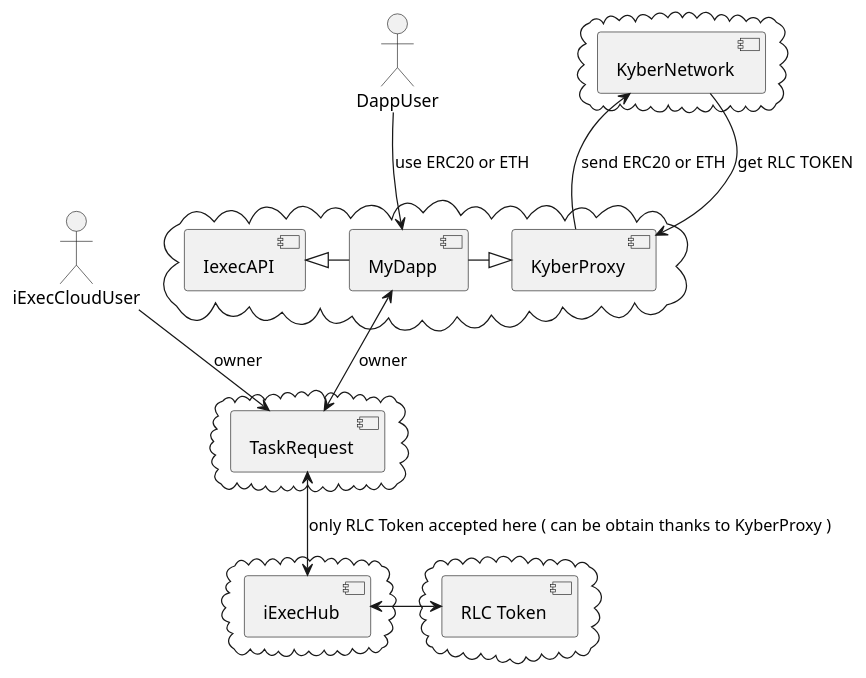
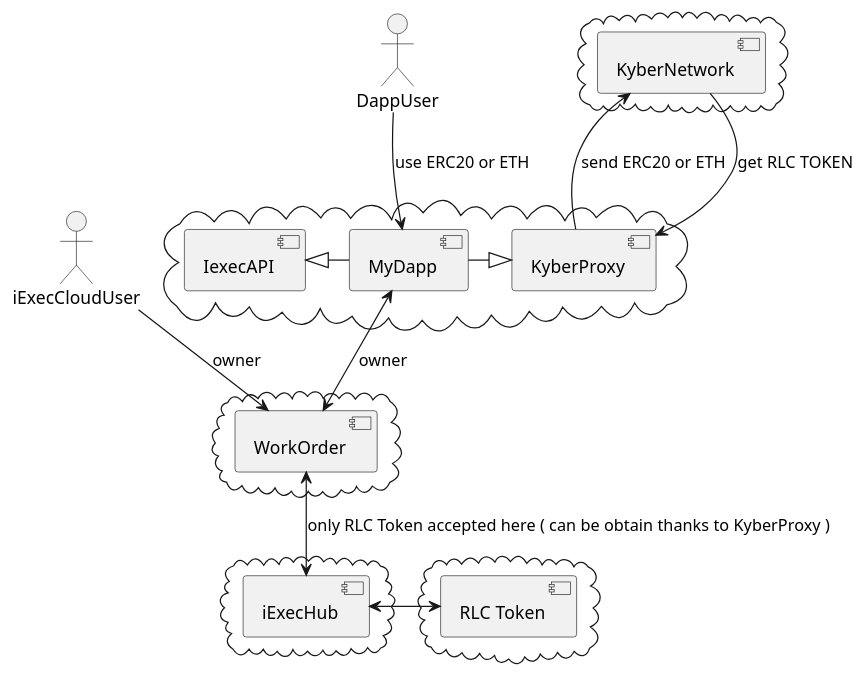
One commit to iExecBlockchainComputing/PoCo changed the diagram in uml/ArchitectureV2WithKyberIntegration.puml. Above: the diagram before and after it, drawn with PlantUML. The commit also changed 29 other files, not shown here.

Commit message:
consensus reach (and Gilles approved too ) : TaskRequest rename to WorkOrder

```diff
--- a/uml/ArchitectureV2WithKyberIntegration.puml
+++ b/uml/ArchitectureV2WithKyberIntegration.puml
@@ -1,60 +1,60 @@
 @startuml
 
 
 :iExecCloudUser:
 
 
 cloud {
   [KyberNetwork]
 }
 
 cloud {
   [MyDapp]
   [IexecAPI]
   [KyberProxy]
 }
 component [MyDapp]
 component [IexecAPI]
 component [KyberProxy]
 [KyberProxy] <|-left-  [MyDapp]
 [IexecAPI] <|-right-  [MyDapp]
 
 KyberProxy -up-> [KyberNetwork]: send ERC20 or ETH
 KyberProxy <-up- [KyberNetwork]: get RLC TOKEN
 
 DappUser -down-> [MyDapp]: use ERC20 or ETH
 
 cloud {
-  [TaskRequest]
+  [WorkOrder]
 }
 
-component [TaskRequest]
+component [WorkOrder]
 
-MyDapp <-down-> [TaskRequest]: owner
+MyDapp <-down-> [WorkOrder]: owner
 
-iExecCloudUser -down-> [TaskRequest]: owner
+iExecCloudUser -down-> [WorkOrder]: owner
 
 
 
 
 
 cloud {
   [iExecHub]
 }
 
 cloud {
   [RLC Token]
 }
 component [iExecHub]
 component [RLC Token]
 
 
 [iExecHub] <-right-> [RLC Token]
 
 
 
-[iExecHub] <-up-> [TaskRequest]: only RLC Token accepted here ( can be obtain thanks to KyberProxy )
+[iExecHub] <-up-> [WorkOrder]: only RLC Token accepted here ( can be obtain thanks to KyberProxy )
 
 
 
 @enduml
```
